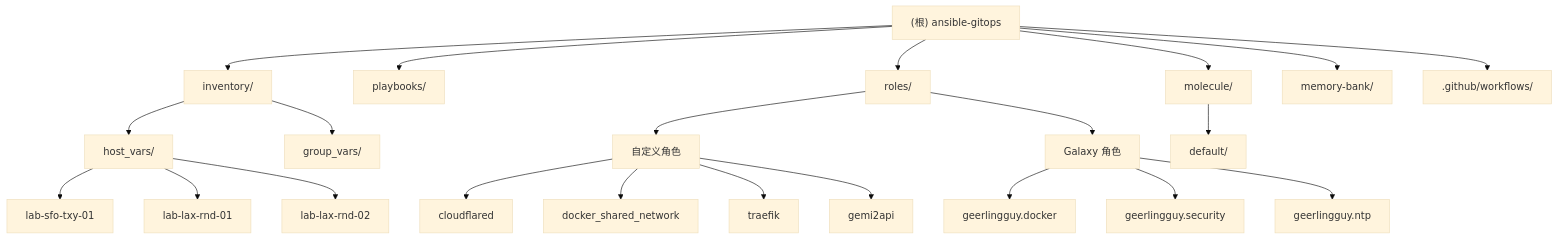
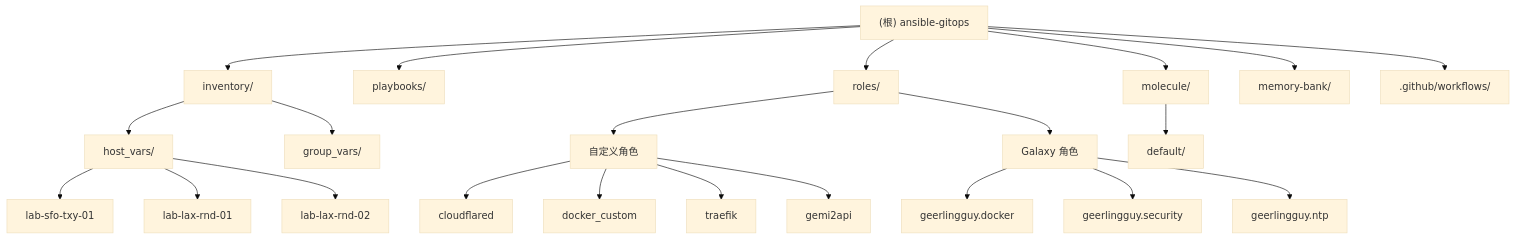
Before and after one commit to bernylinville/ansible-gitops: the diagram in CLAUDE.md, drawn with Mermaid (base theme). The commit also changed other lines of this file and 24 other files, not shown here.

Commit message:
Rename docker_shared_network role and vars to docker_custom; add Docker Hub login feature and update references accordingly

````diff
--- a/CLAUDE.md
+++ b/CLAUDE.md
@@ -51,32 +51,32 @@
 ```mermaid
 graph TD
     Root["(根) ansible-gitops"] --> Inventory["inventory/"];
     Root --> Playbooks["playbooks/"];
     Root --> Roles["roles/"];
     Root --> Molecule["molecule/"];
     Root --> MemoryBank["memory-bank/"];
     Root --> CI[".github/workflows/"];
 
     Inventory --> HostVars["host_vars/"];
     Inventory --> GroupVars["group_vars/"];
     HostVars --> LabSfo["lab-sfo-txy-01"];
     HostVars --> LabLax1["lab-lax-rnd-01"];
     HostVars --> LabLax2["lab-lax-rnd-02"];
 
     Roles --> CustomRoles["自定义角色"];
     Roles --> GalaxyRoles["Galaxy 角色"];
     CustomRoles --> Cloudflared["cloudflared"];
-    CustomRoles --> DockerNet["docker_shared_network"];
+    CustomRoles --> DockerNet["docker_custom"];
     CustomRoles --> Traefik["traefik"];
     CustomRoles --> Gemi2api["gemi2api"];
     GalaxyRoles --> GeerDocker["geerlingguy.docker"];
     GalaxyRoles --> GeerSecurity["geerlingguy.security"];
     GalaxyRoles --> GeerNTP["geerlingguy.ntp"];
 
     Molecule --> MolDefault["default/"];
 
     click Cloudflared "./roles/cloudflared/CLAUDE.md" "查看 cloudflared 模块文档"
-    click DockerNet "./roles/docker_shared_network/CLAUDE.md" "查看 docker_shared_network 模块文档"
+    click DockerNet "./roles/docker_custom/CLAUDE.md" "查看 docker_custom 模块文档"
     click Traefik "./roles/traefik/CLAUDE.md" "查看 traefik 模块文档"
     click Gemi2api "./roles/gemi2api/CLAUDE.md" "查看 gemi2api 模块文档"
 ```
````
